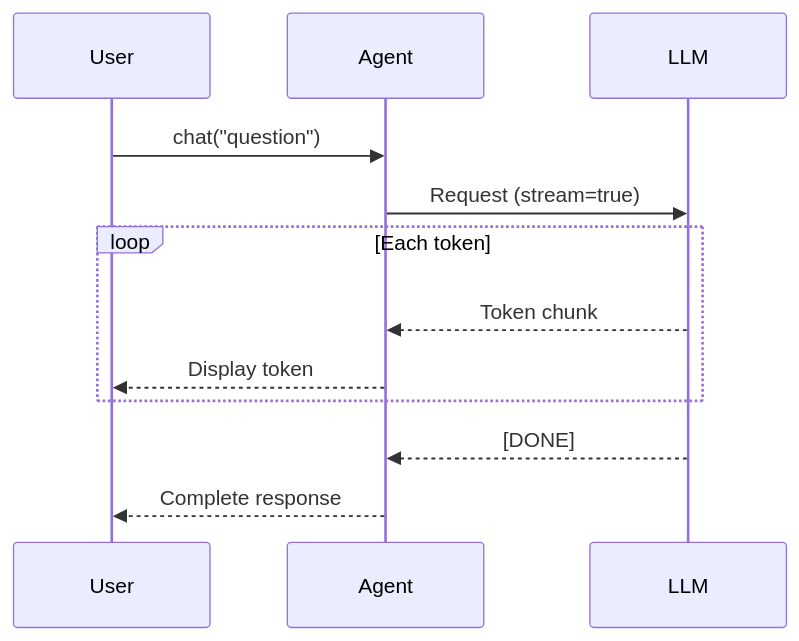
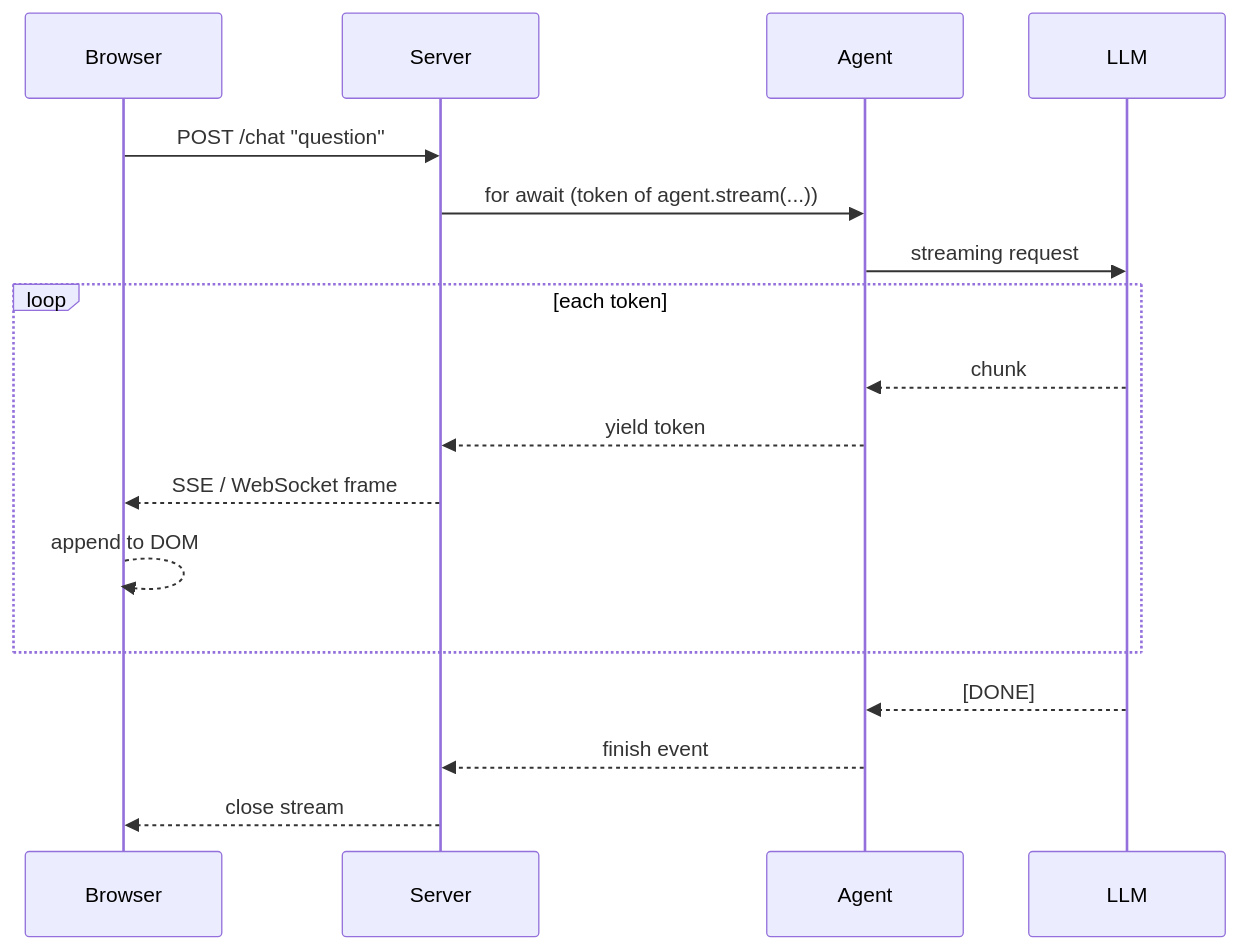
Before and after one commit to MervinPraison/PraisonAIDocs: the third of 6 diagrams in docs/js/streaming.mdx, drawn with Mermaid. The commit also changed other lines of this file and 1 other file, not shown here.

Commit message:
docs(js): document Agent stream() and streamEvents() async iterables (fixes #3387)

````diff
--- a/docs/js/streaming.mdx
+++ b/docs/js/streaming.mdx
@@ -154,15 +217,20 @@
 ```mermaid
 sequenceDiagram
-    participant User
+    participant Browser
+    participant Server
     participant Agent
     participant LLM
 
-    User->>Agent: chat("question")
-    Agent->>LLM: Request (stream=true)
-    loop Each token
-        LLM-->>Agent: Token chunk
-        Agent-->>User: Display token
+    Browser->>Server: POST /chat "question"
+    Server->>Agent: for await (token of agent.stream(...))
+    Agent->>LLM: streaming request
+    loop each token
+        LLM-->>Agent: chunk
+        Agent-->>Server: yield token
+        Server-->>Browser: SSE / WebSocket frame
+        Browser-->>Browser: append to DOM
     end
     LLM-->>Agent: [DONE]
-    Agent-->>User: Complete response
+    Agent-->>Server: finish event
+    Server-->>Browser: close stream
 ```
````
